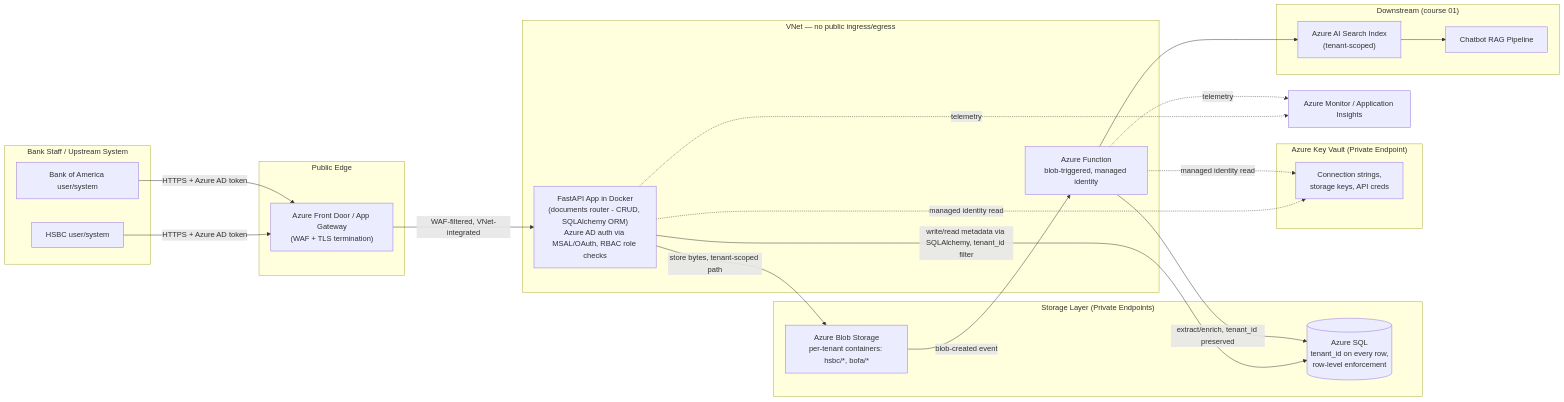
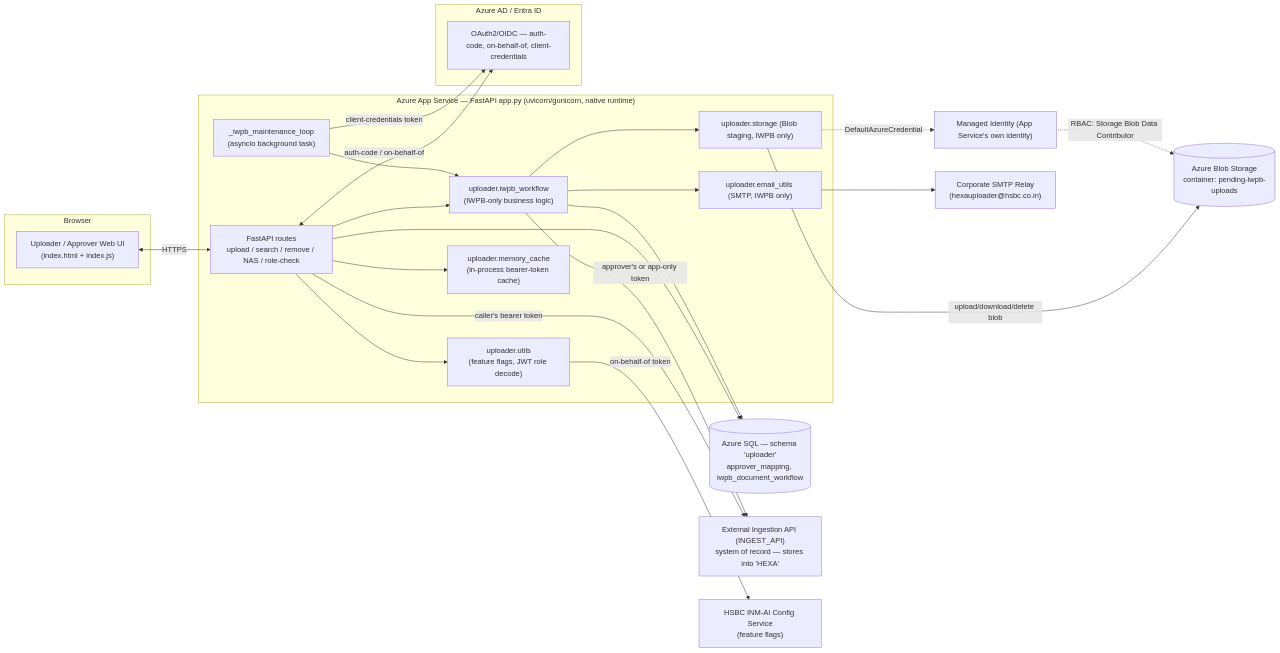
The diagram in 03-Capco-Document-Uploader-Service/00-README.md (k-abhish3k/Interview-Prep), drawn with Mermaid before and after one commit. The commit also changed other lines of this file and 53 other files, not shown here.

````diff
--- a/03-Capco-Document-Uploader-Service/00-README.md
+++ b/03-Capco-Document-Uploader-Service/00-README.md
@@ -105,46 +103,44 @@
 ```mermaid
 flowchart LR
-    subgraph Client["Bank Staff / Upstream System"]
-        U[HSBC user/system]
-        U2[Bank of America user/system]
+    subgraph Client["Browser"]
+        UI["Uploader / Approver Web UI\n(index.html + index.js)"]
     end
 
-    subgraph Edge["Public Edge"]
-        FD["Azure Front Door / App Gateway\n(WAF + TLS termination)"]
+    subgraph AppService["Azure App Service — FastAPI app.py (uvicorn/gunicorn, native runtime)"]
+        API["FastAPI routes\nupload / search / remove / NAS / role-check"]
+        WF["uploader.iwpb_workflow\n(IWPB-only business logic)"]
+        MAIL["uploader.email_utils (SMTP, IWPB only)"]
+        STORE["uploader.storage (Blob staging, IWPB only)"]
+        UTILS["uploader.utils\n(feature flags, JWT role decode)"]
+        CACHE["uploader.memory_cache\n(in-process bearer-token cache)"]
+        BG["_iwpb_maintenance_loop\n(asyncio background task)"]
     end
 
-    subgraph VNet["VNet — no public ingress/egress"]
-        FASTAPI["FastAPI App in Docker\n(documents router - CRUD, SQLAlchemy ORM)\nAzure AD auth via MSAL/OAuth, RBAC role checks"]
-        FUNC["Azure Function\nblob-triggered, managed identity"]
+    subgraph AAD["Azure AD / Entra ID"]
+        OAUTH["OAuth2/OIDC — auth-code, on-behalf-of, client-credentials"]
     end
 
-    subgraph Storage["Storage Layer (Private Endpoints)"]
-        BLOB["Azure Blob Storage\nper-tenant containers: hsbc/*, bofa/*"]
-        SQLDB[("Azure SQL\ntenant_id on every row,\nrow-level enforcement")]
-    end
+    MI["Managed Identity (App Service's own identity)"]
+    DB[("Azure SQL — schema 'uploader'\napprover_mapping, iwpb_document_workflow")]
+    INGEST["External Ingestion API (INGEST_API)\nsystem of record — stores into 'HEXA'"]
+    SMTP["Corporate SMTP Relay\n(hexauploader@hsbc.co.in)"]
+    BLOB[("Azure Blob Storage\ncontainer: pending-iwpb-uploads")]
+    CFGSVC["HSBC INM-AI Config Service\n(feature flags)"]
 
-    subgraph Secrets["Azure Key Vault (Private Endpoint)"]
-        KV[Connection strings,\nstorage keys, API creds]
-    end
-
-    subgraph Downstream["Downstream (course 01)"]
-        IDX["Azure AI Search Index\n(tenant-scoped)"]
-        BOT[Chatbot RAG Pipeline]
-    end
-
-    MON[Azure Monitor / Application Insights]
-
-    U -->|HTTPS + Azure AD token| FD
-    U2 -->|HTTPS + Azure AD token| FD
-    FD -->|WAF-filtered, VNet-integrated| FASTAPI
-    FASTAPI -->|store bytes, tenant-scoped path| BLOB
-    FASTAPI -->|write/read metadata via SQLAlchemy, tenant_id filter| SQLDB
-    FASTAPI -.->|managed identity read| KV
-    BLOB -->|blob-created event| FUNC
-    FUNC -.->|managed identity read| KV
-    FUNC -->|extract/enrich, tenant_id preserved| SQLDB
-    FUNC --> IDX
-    IDX --> BOT
-    FASTAPI -.->|telemetry| MON
-    FUNC -.->|telemetry| MON
+    UI <-->|HTTPS| API
+    API --> WF
+    API --> UTILS
+    API --> CACHE
+    WF --> MAIL --> SMTP
+    WF --> STORE -->|upload/download/delete blob| BLOB
+    STORE -.->|DefaultAzureCredential| MI
+    MI -.->|RBAC: Storage Blob Data Contributor| BLOB
+    API --> DB
+    WF --> DB
+    API -->|caller's bearer token| INGEST
+    WF -->|approver's or app-only token| INGEST
+    API <-->|auth-code / on-behalf-of| OAUTH
+    BG -->|client-credentials token| OAUTH
+    BG --> WF
+    UTILS -->|on-behalf-of token| CFGSVC
 ```
````
